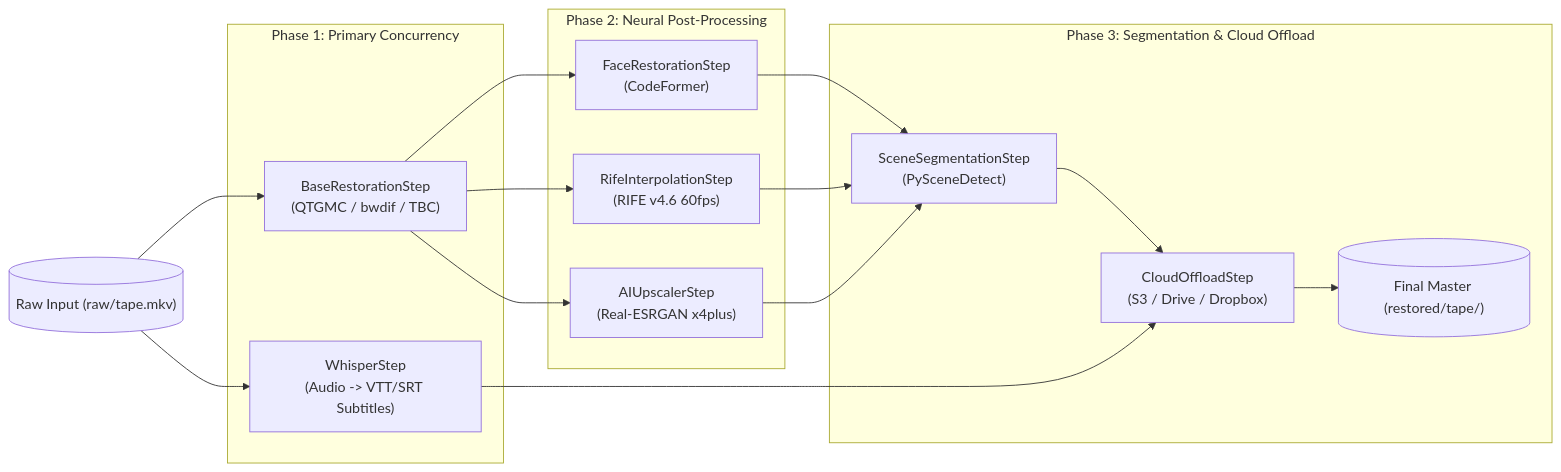
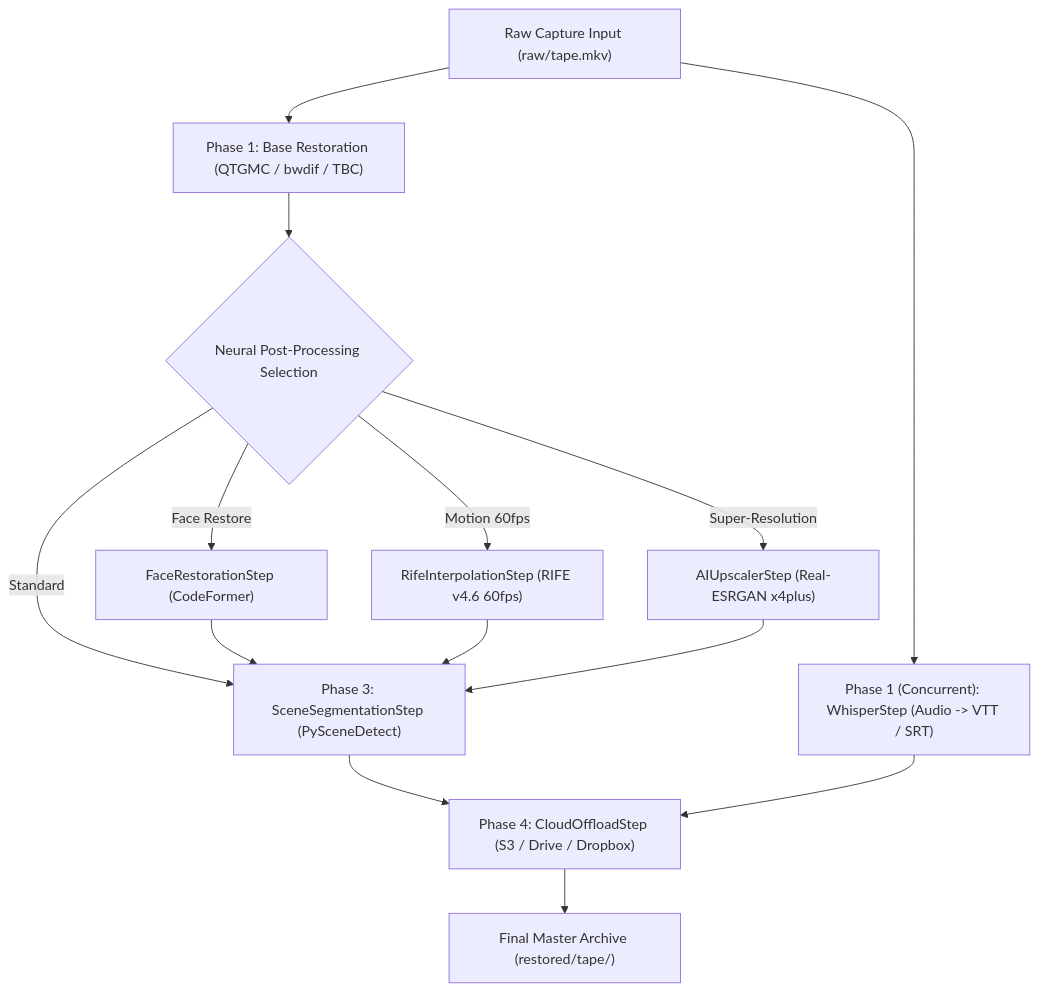
The second of 2 diagrams in docs/ARCHITECTURE.md (orgchrono/vhs-capture-scripts), drawn with Mermaid before and after one commit. The commit also changed other lines of this file and 13 other files, not shown here.

````diff
--- a/docs/ARCHITECTURE.md
+++ b/docs/ARCHITECTURE.md
@@ -131,33 +82,20 @@
 ```mermaid
-flowchart LR
-    RawInput[("Raw Input (raw/tape.mkv)")]
+flowchart TD
+    RawInput["Raw Capture Input (raw/tape.mkv)"] --> BaseRestore["Phase 1: Base Restoration (QTGMC / bwdif / TBC)"]
+    RawInput --> WhisperTask["Phase 1 (Concurrent): WhisperStep (Audio -> VTT / SRT)"]
     
-    subgraph ParallelPhase1 ["Phase 1: Primary Concurrency"]
-        RestoreTask["BaseRestorationStep\n(QTGMC / bwdif / TBC)"]
-        WhisperTask["WhisperStep\n(Audio -> VTT/SRT Subtitles)"]
-    end
+    BaseRestore --> PostCheck{"Neural Post-Processing Selection"}
     
-    subgraph ParallelPhase2 ["Phase 2: Neural Post-Processing"]
-        FaceRestore["FaceRestorationStep\n(CodeFormer)"]
-        RifeTask["RifeInterpolationStep\n(RIFE v4.6 60fps)"]
-        UpscaleTask["AIUpscalerStep\n(Real-ESRGAN x4plus)"]
-    end
+    PostCheck -->|"Face Restore"| FaceRestore["FaceRestorationStep (CodeFormer)"]
+    PostCheck -->|"Motion 60fps"| RifeTask["RifeInterpolationStep (RIFE v4.6 60fps)"]
+    PostCheck -->|"Super-Resolution"| UpscaleTask["AIUpscalerStep (Real-ESRGAN x4plus)"]
+    PostCheck -->|"Standard"| SceneSplit["Phase 3: SceneSegmentationStep (PySceneDetect)"]
     
-    subgraph FinalPhase ["Phase 3: Segmentation & Cloud Offload"]
-        SceneSplit["SceneSegmentationStep\n(PySceneDetect)"]
-        CloudSync["CloudOffloadStep\n(S3 / Drive / Dropbox)"]
-        FinalOutput[("Final Master (restored/tape/)")]
-    end
-    
-    RawInput --> RestoreTask
-    RawInput --> WhisperTask
-    RestoreTask --> FaceRestore
-    RestoreTask --> RifeTask
-    RestoreTask --> UpscaleTask
     FaceRestore --> SceneSplit
     RifeTask --> SceneSplit
     UpscaleTask --> SceneSplit
-    SceneSplit --> CloudSync
+    
+    SceneSplit --> CloudSync["Phase 4: CloudOffloadStep (S3 / Drive / Dropbox)"]
     WhisperTask --> CloudSync
-    CloudSync --> FinalOutput
+    CloudSync --> FinalOutput["Final Master Archive (restored/tape/)"]
 ```
````
